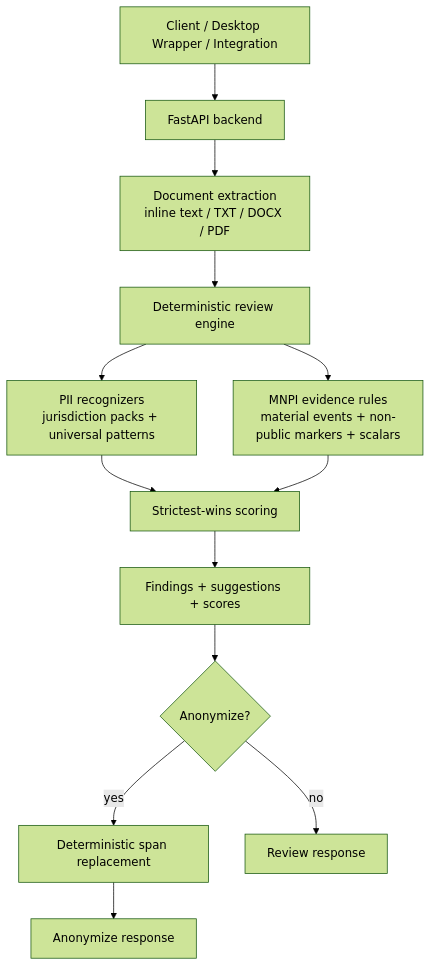
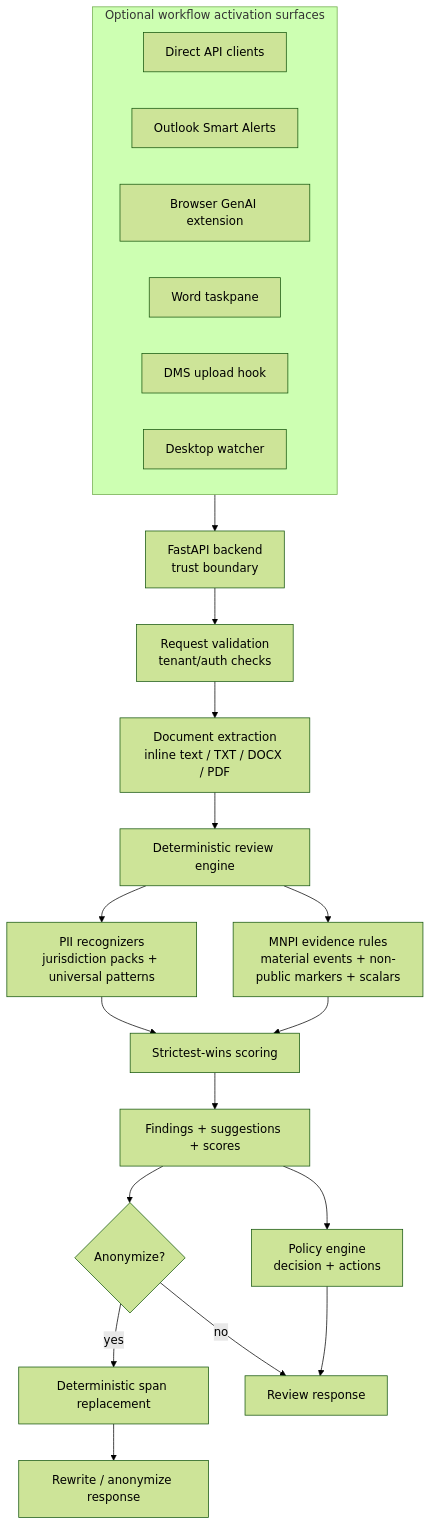
The diagram in docs/architecture.md (gongahkia/junas), drawn with Mermaid (forest theme) before and after one commit. The commit also changed other lines of this file and 2 other files, not shown here.

Commit message:
docs: clarify adapter architecture boundary

````diff
--- a/docs/architecture.md
+++ b/docs/architecture.md
@@ -22,15 +22,27 @@
 ```mermaid
 flowchart TD
-    Client[Client / Desktop Wrapper / Integration] --> API[FastAPI backend]
-    API --> Extract[Document extraction<br/>inline text / TXT / DOCX / PDF]
+    subgraph OptionalAdapters[Optional workflow activation surfaces]
+        Direct[Direct API clients]
+        Outlook[Outlook Smart Alerts]
+        Browser[Browser GenAI extension]
+        Word[Word taskpane]
+        DMS[DMS upload hook]
+        Desktop[Desktop watcher]
+    end
+
+    OptionalAdapters --> API[FastAPI backend<br/>trust boundary]
+    API --> Auth[Request validation<br/>tenant/auth checks]
+    Auth --> Extract[Document extraction<br/>inline text / TXT / DOCX / PDF]
     Extract --> Review[Deterministic review engine]
     Review --> PII[PII recognizers<br/>jurisdiction packs + universal patterns]
     Review --> MNPI[MNPI evidence rules<br/>material events + non-public markers + scalars]
     PII --> Score[Strictest-wins scoring]
     MNPI --> Score
     Score --> Findings[Findings + suggestions + scores]
+    Findings --> Policy[Policy engine<br/>decision + actions]
     Findings --> Anon{Anonymize?}
     Anon -->|yes| Replace[Deterministic span replacement]
     Anon -->|no| ReviewResponse[Review response]
-    Replace --> AnonResponse[Anonymize response]
+    Policy --> ReviewResponse
+    Replace --> AnonResponse[Rewrite / anonymize response]
 ```
````
